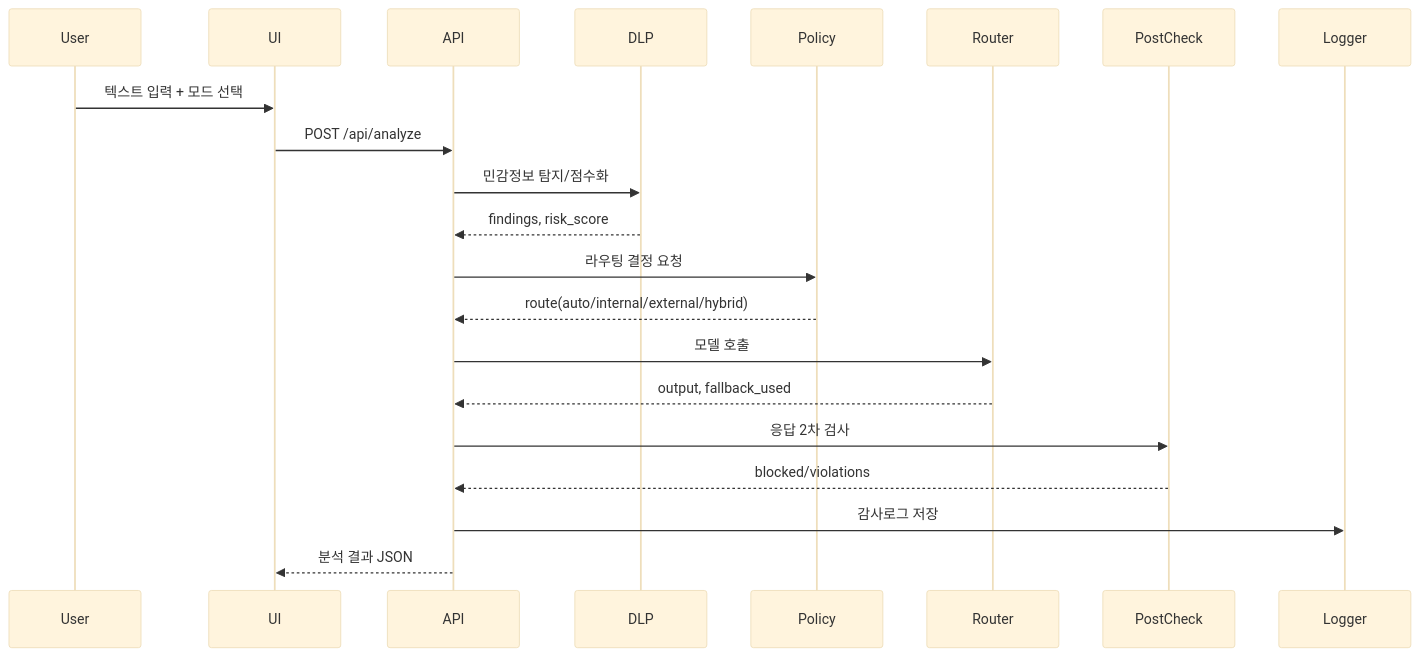
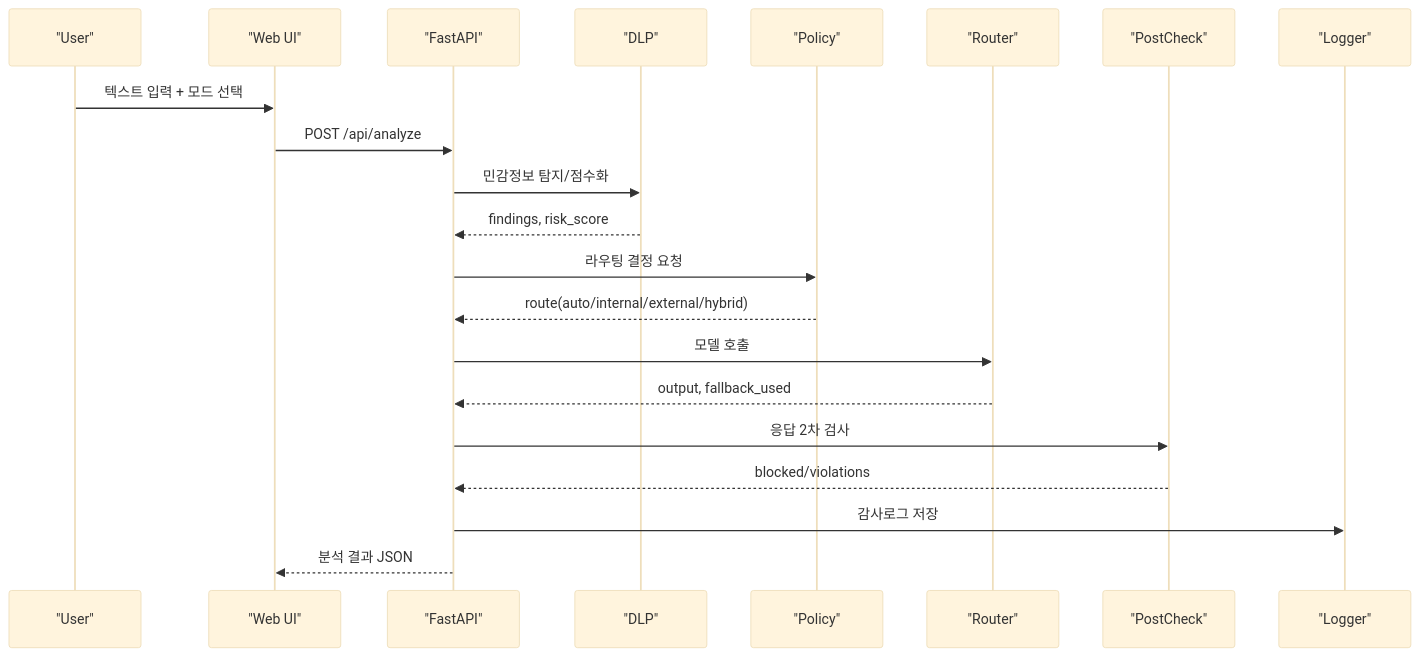
Before and after one commit to KevinFire2030/ax: the second of 7 diagrams in PoC/01_구현흐름도/구현흐름도.md, drawn with Mermaid (base theme). The commit also changed other lines of this file, not shown here.

Commit message:
Fix Mermaid syntax for robust rendering in flow diagrams

````diff
--- a/PoC/01_구현흐름도/구현흐름도.md
+++ b/PoC/01_구현흐름도/구현흐름도.md
@@ -26,24 +26,24 @@
 ```mermaid
 sequenceDiagram
-  participant User
-  participant UI
-  participant API
-  participant DLP
-  participant Policy
-  participant Router
-  participant PostCheck
-  participant Logger
+  participant User as "User"
+  participant UI as "Web UI"
+  participant API as "FastAPI"
+  participant DLP as "DLP"
+  participant Policy as "Policy"
+  participant Router as "Router"
+  participant PostCheck as "PostCheck"
+  participant Logger as "Logger"
 
   User->>UI: 텍스트 입력 + 모드 선택
   UI->>API: POST /api/analyze
   API->>DLP: 민감정보 탐지/점수화
   DLP-->>API: findings, risk_score
   API->>Policy: 라우팅 결정 요청
   Policy-->>API: route(auto/internal/external/hybrid)
   API->>Router: 모델 호출
   Router-->>API: output, fallback_used
   API->>PostCheck: 응답 2차 검사
   PostCheck-->>API: blocked/violations
   API->>Logger: 감사로그 저장
   API-->>UI: 분석 결과 JSON
 ```
````
